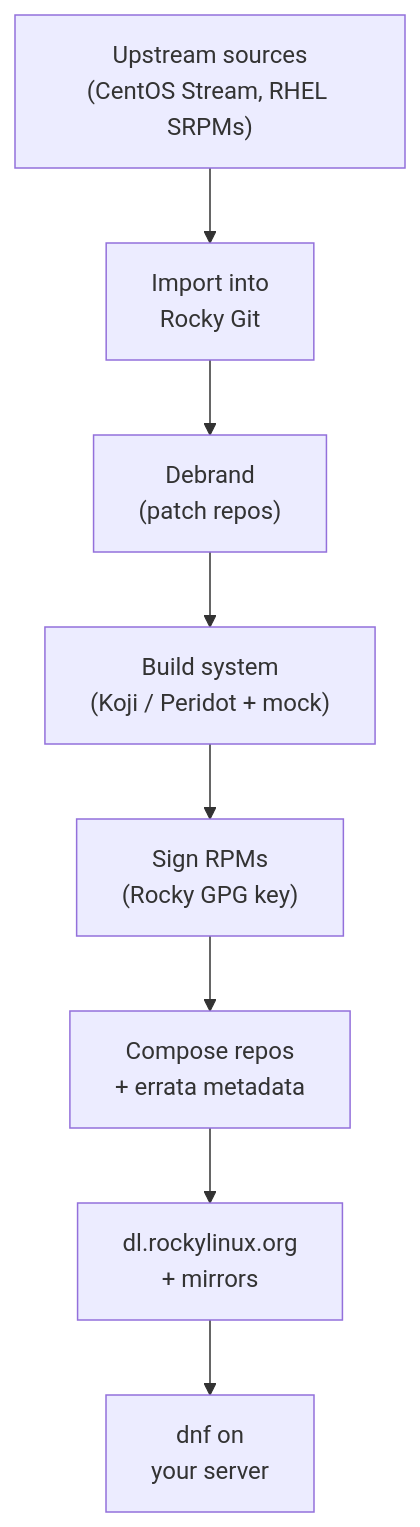
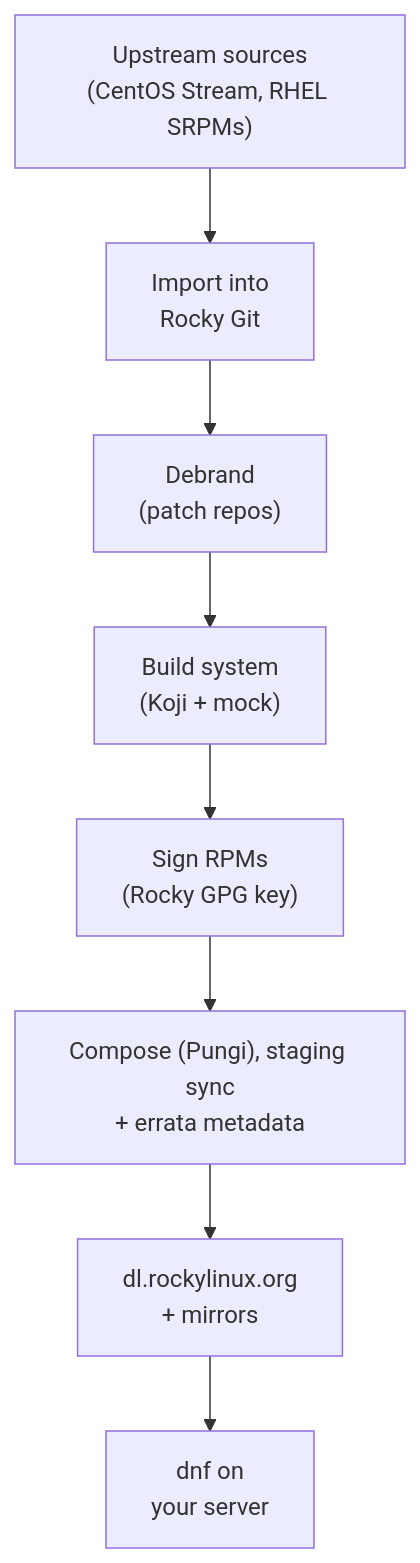
Before and after one commit to ssimpson89/LinuxTrainingCourse: the first of 8 diagrams in content/21-inside-rocky-linux.md, drawn with Mermaid. The commit also changed other lines of this file and 99 other files, not shown here.

````diff
--- a/content/21-inside-rocky-linux.md
+++ b/content/21-inside-rocky-linux.md
@@ -38,10 +38,10 @@
 ```mermaid
 flowchart TB
     A["Upstream sources<br/>(CentOS Stream, RHEL SRPMs)"] --> B["Import into<br/>Rocky Git"]
     B --> C["Debrand<br/>(patch repos)"]
-    C --> D["Build system<br/>(Koji / Peridot + mock)"]
+    C --> D["Build system<br/>(Koji + mock)"]
     D --> E["Sign RPMs<br/>(Rocky GPG key)"]
-    E --> F["Compose repos<br/>+ errata metadata"]
+    E --> F["Compose (Pungi), staging sync<br/>+ errata metadata"]
     F --> G["dl.rockylinux.org<br/>+ mirrors"]
     G --> H["dnf on<br/>your server"]
 ```
````
